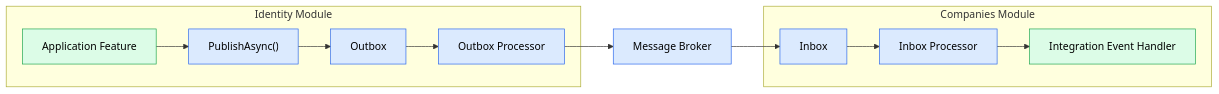
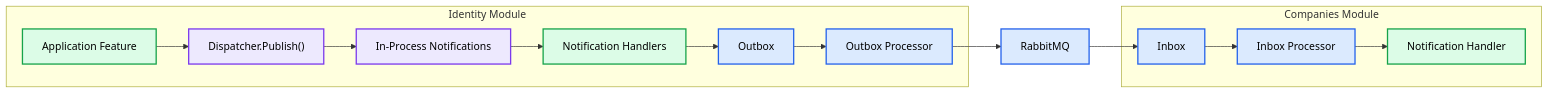
Before and after one commit to soufiane-rizk/Jobwize: the diagram in docs/adr/004-outbox-inbox.md, drawn with Mermaid. The commit also changed other lines of this file and 9 other files, not shown here.

Commit message:
docs(adr): introduce custom module runtime and execution model architecture

````diff
--- a/docs/adr/004-outbox-inbox.md
+++ b/docs/adr/004-outbox-inbox.md
@@ -43,47 +72,51 @@
 ```mermaid
 flowchart LR
 
     subgraph Identity["Identity Module"]
 
         Feature["Application Feature"]
 
-        Dispatcher["PublishAsync()"]
+        Dispatcher["Dispatcher.Publish()"]
+
+        Notifications["In-Process Notifications"]
+
+        NotificationHandlers["Notification Handlers"]
 
         Outbox["Outbox"]
 
         OutboxProcessor["Outbox Processor"]
 
         Feature --> Dispatcher
-
-        Dispatcher --> Outbox
-
+        Dispatcher --> Notifications
+        Notifications --> NotificationHandlers
+        NotificationHandlers --> Outbox
         Outbox --> OutboxProcessor
 
     end
 
-    Broker["Message Broker"]
+    Broker["RabbitMQ"]
 
     subgraph Companies["Companies Module"]
 
         Inbox["Inbox"]
 
         InboxProcessor["Inbox Processor"]
 
-        Handler["Integration Event Handler"]
+        Handler["Notification Handler"]
 
         Inbox --> InboxProcessor
-
         InboxProcessor --> Handler
 
     end
 
     OutboxProcessor --> Broker
-
     Broker --> Inbox
 
-    classDef application fill:#dcfce7,stroke:#16a34a,color:#000;
-    classDef infrastructure fill:#dbeafe,stroke:#2563eb,color:#000;
+    classDef application fill:#dcfce7,stroke:#16a34a,color:#000,stroke-width:2px;
+    classDef runtime fill:#ede9fe,stroke:#7c3aed,color:#000,stroke-width:2px;
+    classDef infrastructure fill:#dbeafe,stroke:#2563eb,color:#000,stroke-width:2px;
 
-    class Feature,Handler application;
-    class Dispatcher,Outbox,Inbox,OutboxProcessor,InboxProcessor,Broker infrastructure;
+    class Feature,NotificationHandlers,Handler application;
+    class Dispatcher,Notifications runtime;
+    class Outbox,Inbox,OutboxProcessor,InboxProcessor,Broker infrastructure;
 ```
````
